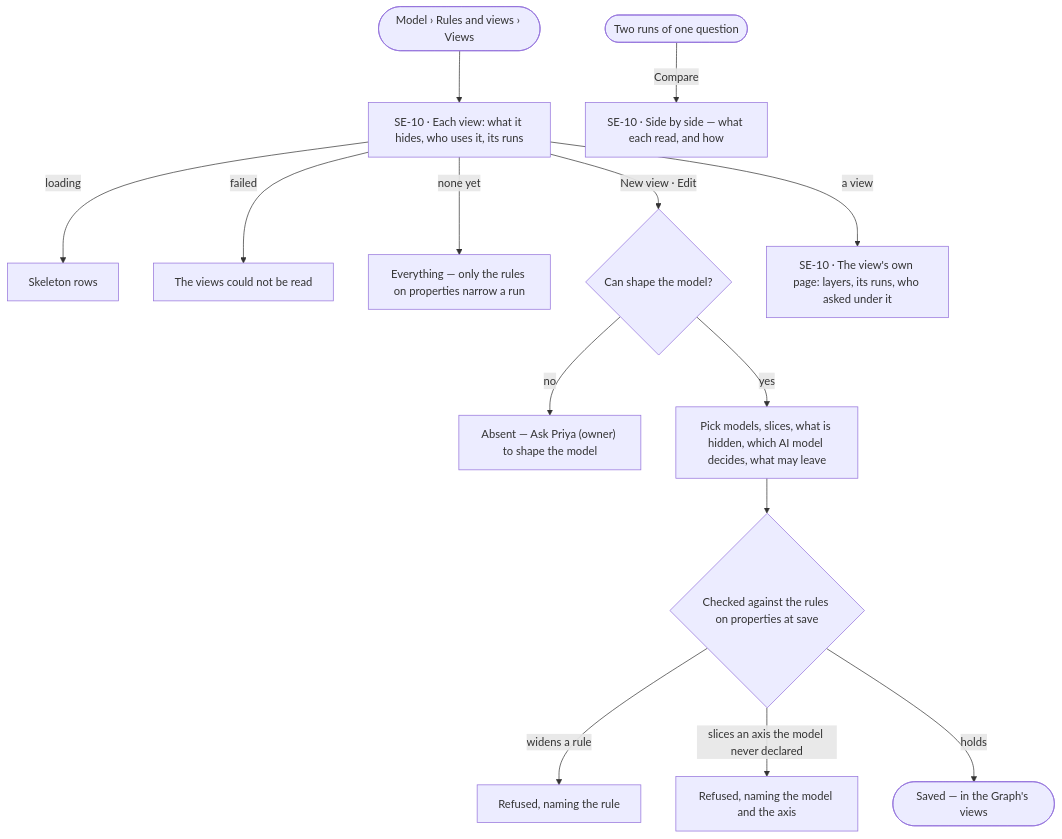
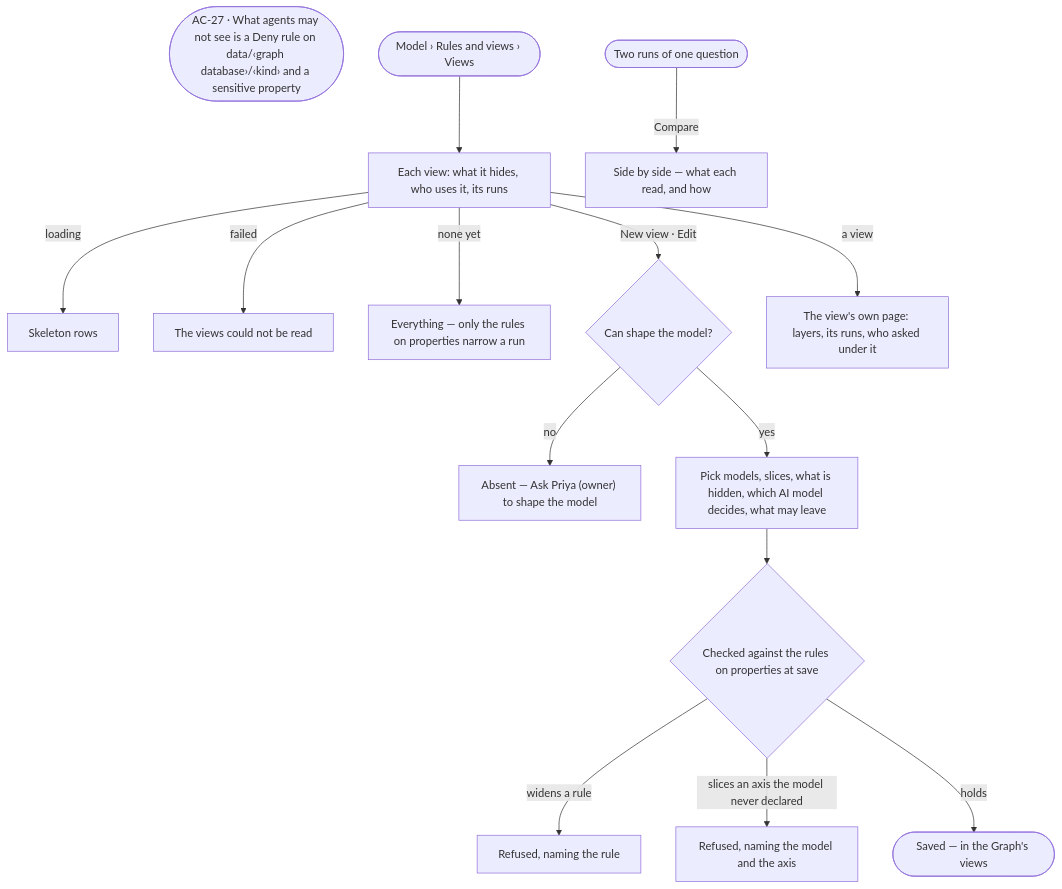
One commit to invana/invana changed the first of 2 diagrams in specs/capabilities/semantics/features/SE-F09-views-of-the-graph/feature.md. Above: the diagram before and after it, drawn with Mermaid. The commit also changed other lines of this file and 522 other files, not shown here.

````diff
--- a/specs/capabilities/semantics/features/SE-F09-views-of-the-graph/feature.md
+++ b/specs/capabilities/semantics/features/SE-F09-views-of-the-graph/feature.md
@@ -21,16 +21,17 @@
 ```mermaid
 flowchart TD
-  start([Model › Rules and views › Views]) --> v["SE-10 · Each view: what it hides, who uses it, its runs"]
+  kept(["AC-27 · What agents may not see is a Deny rule on data/‹graph database›/‹kind› and a sensitive property"])
+  start([Model › Rules and views › Views]) --> v["Each view: what it hides, who uses it, its runs"]
   v -->|loading| sk["Skeleton rows"]
   v -->|failed| f["The views could not be read"]
   v -->|none yet| v0["Everything — only the rules on properties narrow a run"]
   v -->|New view · Edit| ed{Can shape the model?}
   ed -->|no| na["Absent — Ask Priya (owner) to shape the model"]
   ed -->|yes| pick["Pick models, slices, what is hidden, which AI model decides, what may leave"]
   pick --> val{Checked against the rules on properties at save}
   val -->|widens a rule| vr["Refused, naming the rule"]
   val -->|slices an axis the model never declared| va["Refused, naming the model and the axis"]
   val -->|holds| saved(["Saved — in the Graph's views"])
-  v -->|a view| board["SE-10 · The view's own page: layers, its runs, who asked under it"]
-  runs([Two runs of one question]) -->|Compare| cmp["SE-10 · Side by side — what each read, and how"]
+  v -->|a view| board["The view's own page: layers, its runs, who asked under it"]
+  runs([Two runs of one question]) -->|Compare| cmp["Side by side — what each read, and how"]
 ```
````
